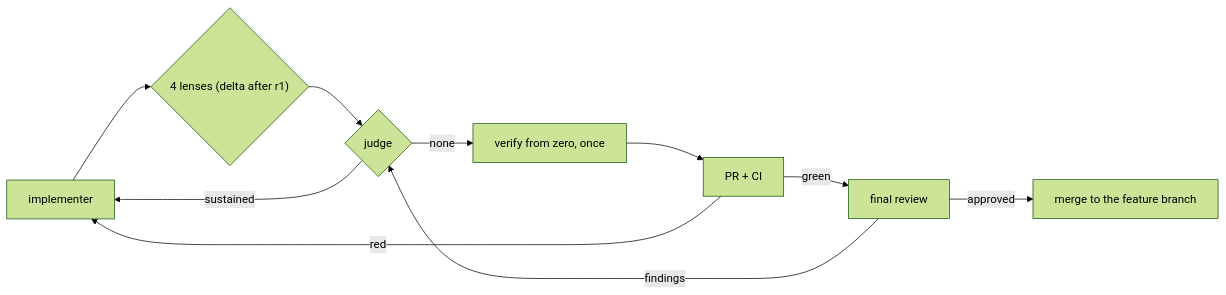
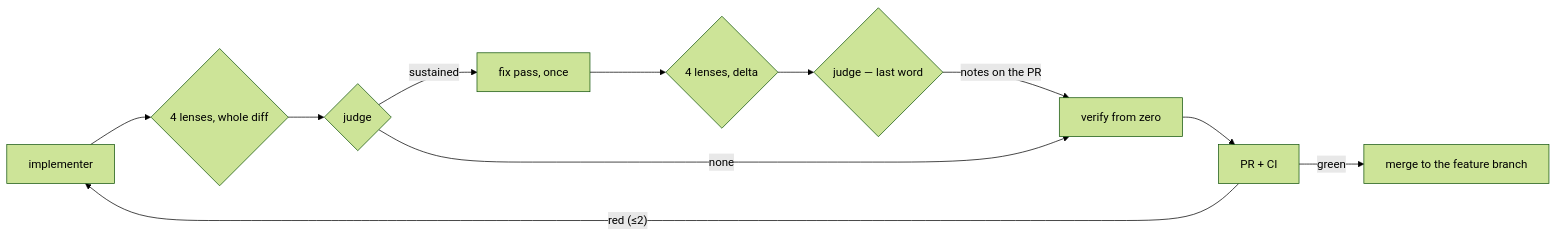
Before and after one commit to farias-77/skills: the second of 2 diagrams in README.md, drawn with Mermaid (forest theme). The commit also changed other lines of this file, not shown here.

First line of the commit message:
docs(readme): the human rules design and plan, the execution engine is budgeted, the judge row says who rules where

````diff
--- a/README.md
+++ b/README.md
@@ -106,12 +118,13 @@
 ```mermaid
 flowchart LR
-  I["implementer"] --> L{"4 lenses (delta after r1)"}
+  I["implementer"] --> L{"4 lenses, whole diff"}
   L --> J{"judge"}
-  J -- "sustained" --> I
-  J -- "none" --> V["verify from zero, once"]
+  J -- "sustained" --> F["fix pass, once"]
+  F --> D{"4 lenses, delta"}
+  D --> J2{"judge — last word"}
+  J2 -- "notes on the PR" --> V["verify from zero"]
+  J -- "none" --> V
   V --> P["PR + CI"]
-  P -- "red" --> I
-  P -- "green" --> F["final review"]
-  F -- "findings" --> J
-  F -- "approved" --> M["merge to the feature branch"]
+  P -- "red (≤2)" --> I
+  P -- "green" --> M["merge to the feature branch"]
 ```
````
